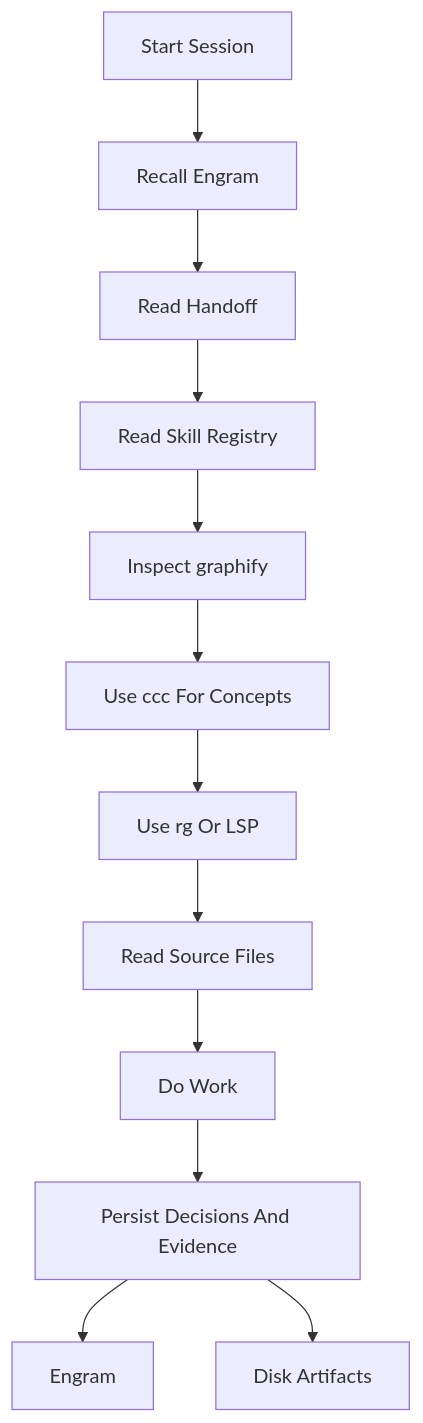
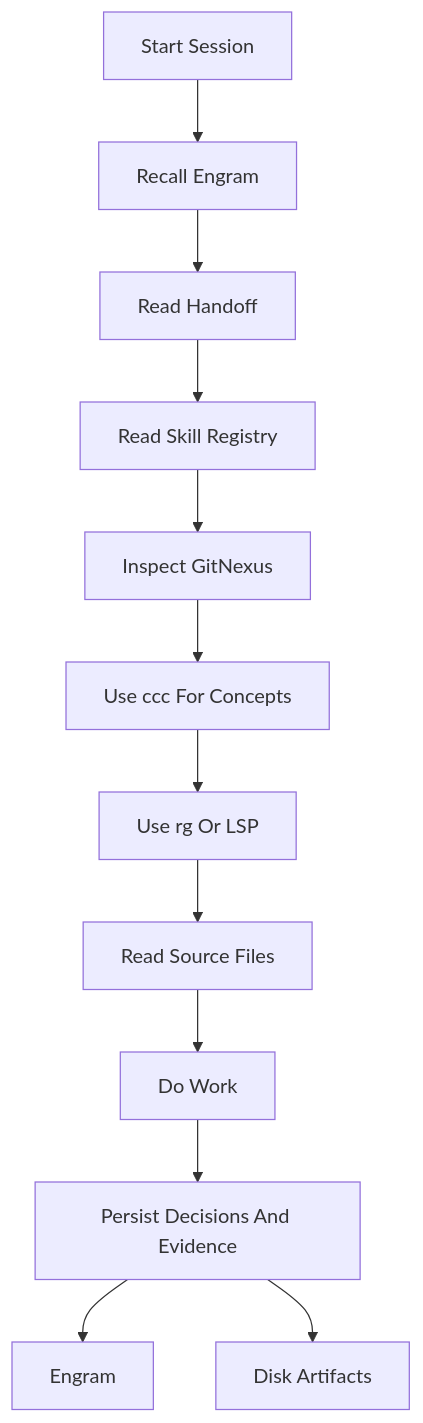
One commit to devopstales/aiskillgrid changed the second of 2 diagrams in docs/06-memory-and-indexing.md. Above: the diagram before and after it, drawn with Mermaid. The commit also changed other lines of this file and 155 other files, not shown here.

````diff
--- a/docs/06-memory-and-indexing.md
+++ b/docs/06-memory-and-indexing.md
@@ -151,14 +151,14 @@
 ```mermaid
 flowchart TD
   Start[Start Session] --> Recall[Recall Engram]
   Recall --> Handoff[Read Handoff]
   Handoff --> Registry[Read Skill Registry]
-  Registry --> Map[Inspect graphify]
+  Registry --> Map[Inspect GitNexus]
   Map --> Semantic[Use ccc For Concepts]
   Semantic --> Exact[Use rg Or LSP]
   Exact --> Read[Read Source Files]
   Read --> Work[Do Work]
   Work --> Persist[Persist Decisions And Evidence]
   Persist --> Engram
   Persist --> Disk[Disk Artifacts]
 ```
````
